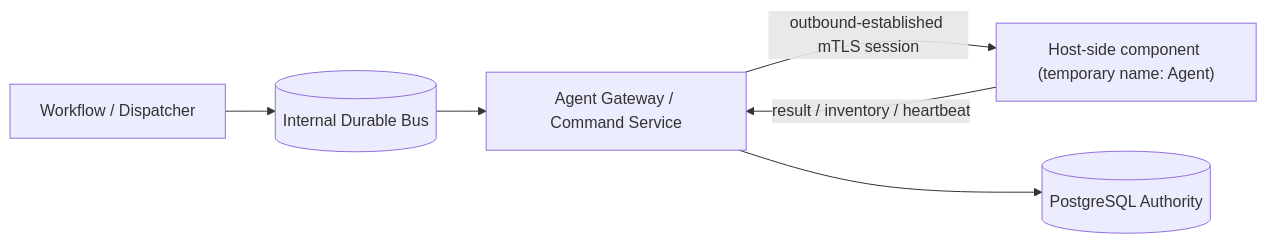
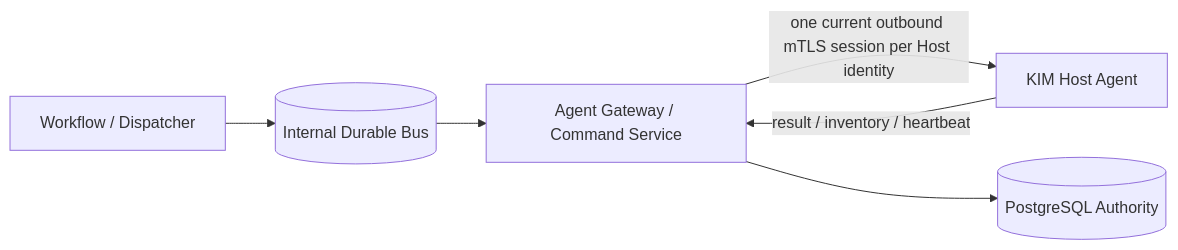
Before and after one commit to si32288564/kvm-infrastructure-manager: the first of 2 diagrams in docs/agent-protocol.md, drawn with Mermaid. The commit also changed other lines of this file and 14 other files, not shown here.

````diff
--- a/docs/agent-protocol.md
+++ b/docs/agent-protocol.md
@@ -12,8 +12,8 @@
 ```mermaid
 flowchart LR
     Workflow["Workflow / Dispatcher"] --> Bus[("Internal Durable Bus")]
     Bus --> Gateway["Agent Gateway / Command Service"]
-    Gateway -->|"outbound-established mTLS session"| Agent["Host-side component (temporary name: Agent)"]
+    Gateway -->|"one current outbound mTLS session per Host identity"| Agent["KIM Host Agent"]
     Agent -->|"result / inventory / heartbeat"| Gateway
     Gateway --> DB[("PostgreSQL Authority")]
 ```
````
